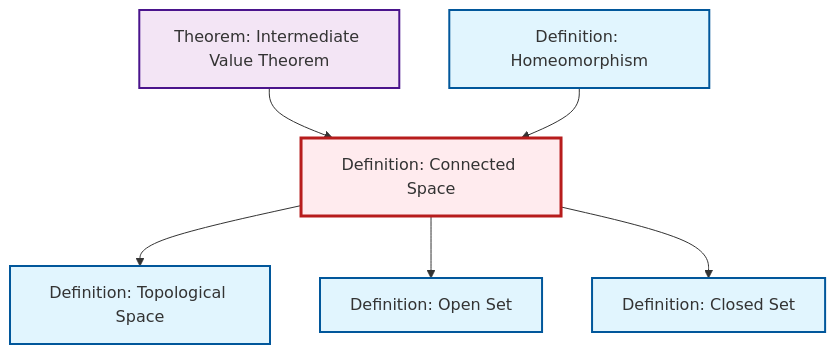
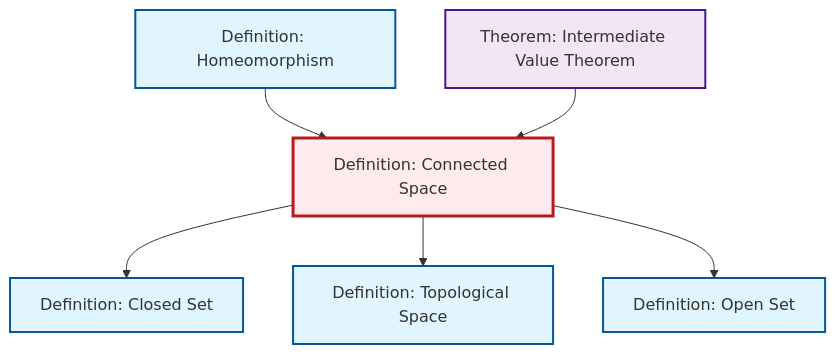
The diagram in content/ja/topology/def-connected.qmd (RK0429/ModernMath), drawn with Mermaid before and after one commit. The commit also changed other lines of this file and 491 other files, not shown here.

````diff
--- a/content/ja/topology/def-connected.qmd
+++ b/content/ja/topology/def-connected.qmd
@@ -50,26 +50,26 @@
 ```{mermaid}
 %%| fig-cap: "Local dependency graph"
 graph TD
     classDef definition fill:#e1f5fe,stroke:#01579b,stroke-width:2px
     classDef theorem fill:#f3e5f5,stroke:#4a148c,stroke-width:2px
     classDef axiom fill:#fff3e0,stroke:#e65100,stroke-width:2px
     classDef example fill:#e8f5e9,stroke:#1b5e20,stroke-width:2px
     classDef current fill:#ffebee,stroke:#b71c1c,stroke-width:3px
     def-closed-set["Definition: Closed Set"]:::definition
-    def-open-set["Definition: Open Set"]:::definition
     thm-intermediate-value["Theorem: Intermediate Value Theorem"]:::theorem
     def-connected["Definition: Connected Space"]:::definition
+    def-topological-space["Definition: Topological Space"]:::definition
+    def-open-set["Definition: Open Set"]:::definition
     def-homeomorphism["Definition: Homeomorphism"]:::definition
-    def-topological-space["Definition: Topological Space"]:::definition
+    def-connected --> def-closed-set
+    def-homeomorphism --> def-connected
     def-connected --> def-topological-space
     def-connected --> def-open-set
     thm-intermediate-value --> def-connected
-    def-connected --> def-closed-set
-    def-homeomorphism --> def-connected
     class def-connected current
     click def-closed-set "def-closed-set.html" "Definition: Closed Setへ"
+    click thm-intermediate-value "thm-intermediate-value.html" "Theorem: Intermediate Value Theoremへ"
+    click def-topological-space "def-topological-space.html" "Definition: Topological Spaceへ"
     click def-open-set "def-open-set.html" "Definition: Open Setへ"
-    click thm-intermediate-value "thm-intermediate-value.html" "Theorem: Intermediate Value Theoremへ"
     click def-homeomorphism "def-homeomorphism.html" "Definition: Homeomorphismへ"
-    click def-topological-space "def-topological-space.html" "Definition: Topological Spaceへ"
 ```
````
